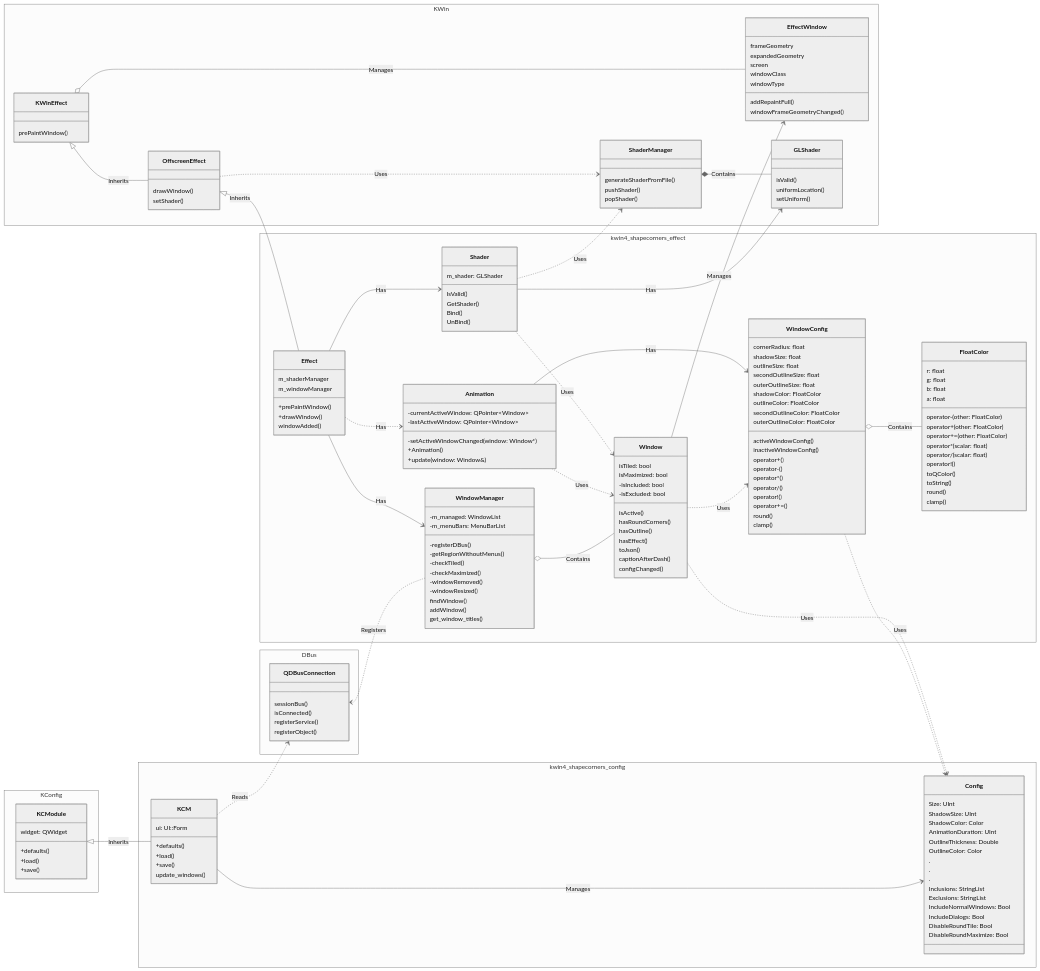
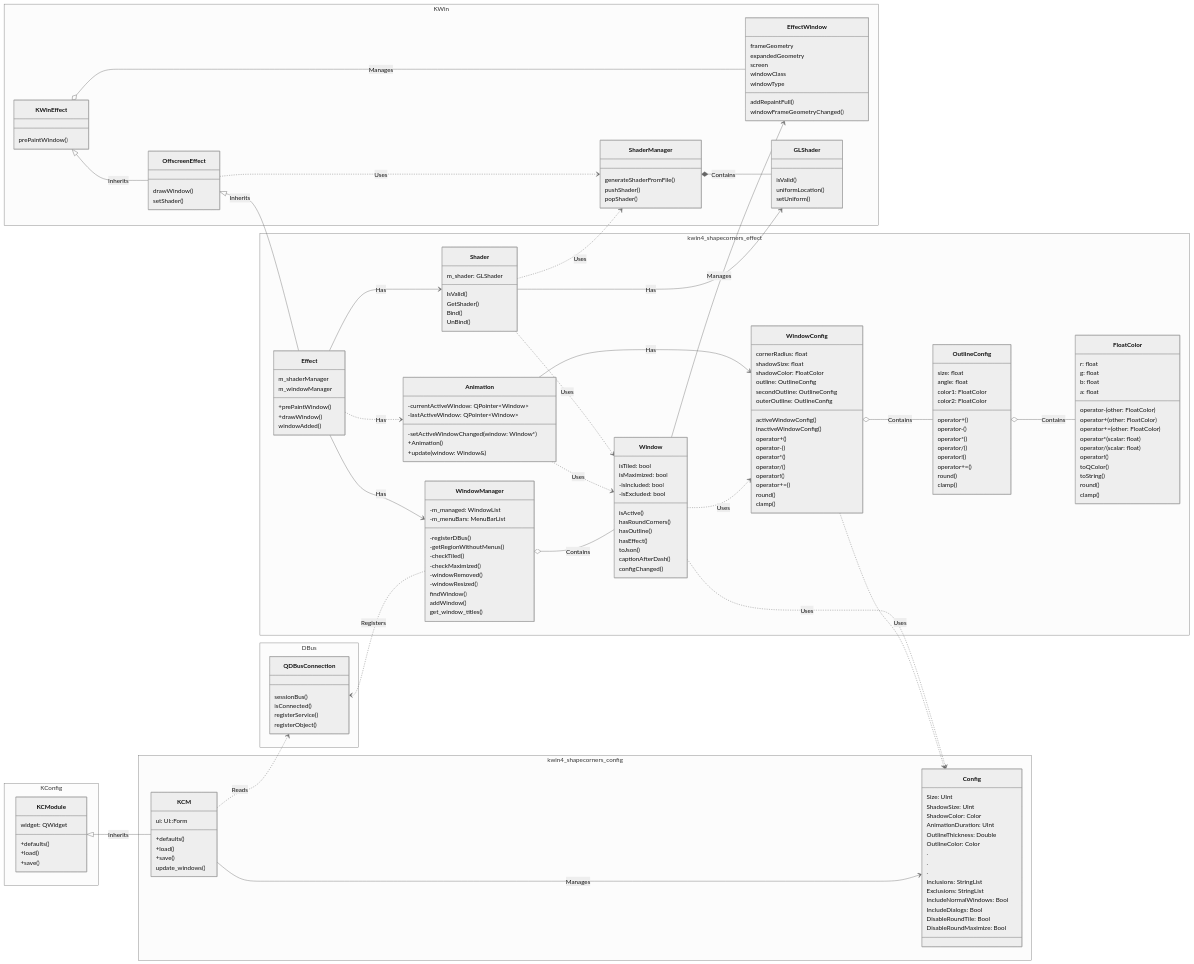
One commit to matinlotfali/KDE-Rounded-Corners changed the diagram in ClassDiagram.md. Above: the diagram before and after it, drawn with Mermaid (neutral theme). The commit also changed 10 other files, not shown here.

```diff
--- a/ClassDiagram.md
+++ b/ClassDiagram.md
@@ -88,15 +88,27 @@
         class WindowConfig {
             cornerRadius: float
             shadowSize: float
-            outlineSize: float
-            secondOutlineSize: float
-            outerOutlineSize: float
             shadowColor: FloatColor
-            outlineColor: FloatColor
-            secondOutlineColor: FloatColor
-            outerOutlineColor: FloatColor
+            outline: OutlineConfig
+            secondOutline: OutlineConfig
+            outerOutline: OutlineConfig
             activeWindowConfig()
             inactiveWindowConfig()
+            operator+()
+            operator-()
+            operator*()
+            operator/()
+            operator!()
+            operator+=()
+            round()
+            clamp()
+        }
+
+        class OutlineConfig {
+            size: float
+            angle: float
+            color1: FloatColor
+            color2: FloatColor
             operator+()
             operator-()
             operator*()
@@ -192,7 +204,8 @@
     Window --> EffectWindow: Manages
     Window ..> WindowConfig: Uses
     Window ..> Config: Uses
-    WindowConfig o-- FloatColor: Contains
+    WindowConfig o-- OutlineConfig: Contains
+    OutlineConfig o-- FloatColor: Contains
     WindowConfig ..> Config: Uses
     WindowManager o-- Window: Contains
     QDBusConnection <.. WindowManager: Registers
```
